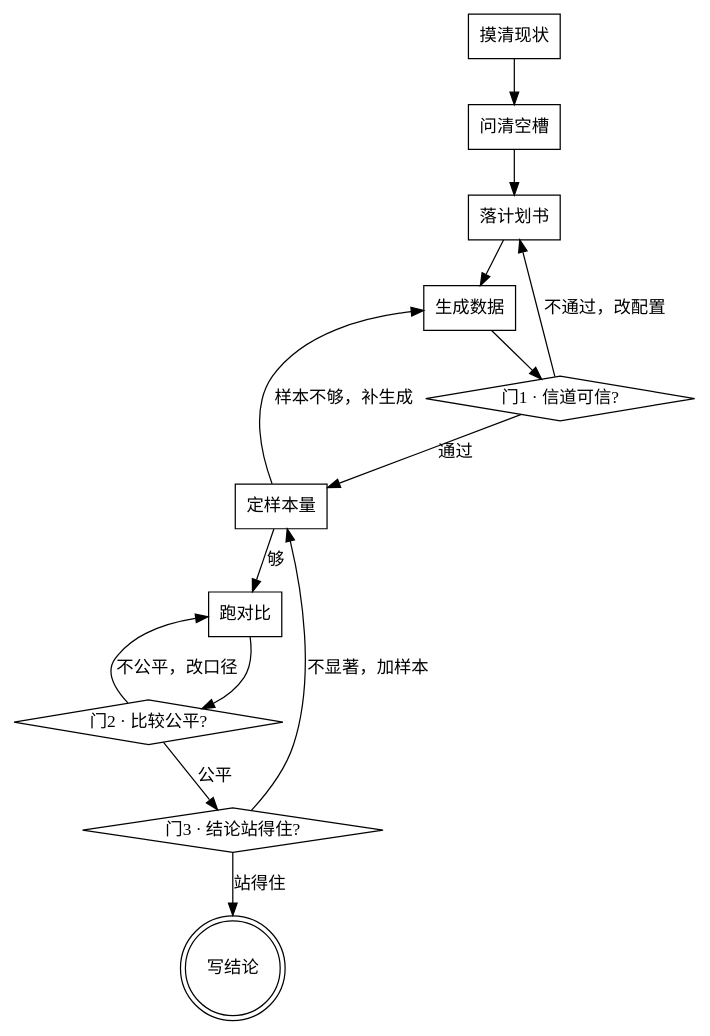
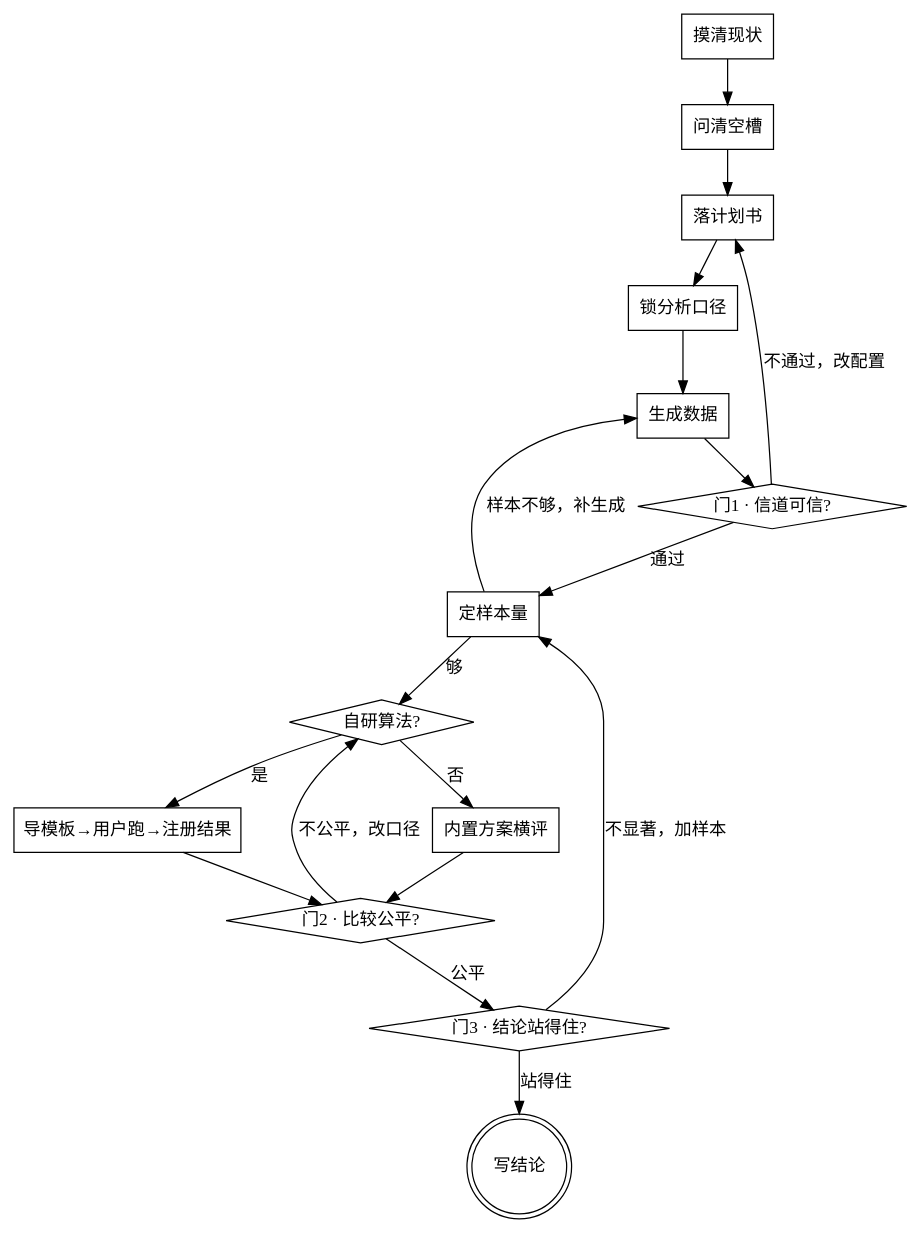
One commit to TianLin0509/SuperRAN changed the diagram in skills/channel-sim/SKILL.md. Above: the diagram before and after it, drawn with Graphviz. The commit also changed other lines of this file and 11 other files, not shown here.

````diff
--- a/skills/channel-sim/SKILL.md
+++ b/skills/channel-sim/SKILL.md
@@ -40,25 +41,32 @@
 ```dot
 digraph channel_sim {
     "摸清现状" [shape=box];
     "问清空槽" [shape=box];
     "落计划书" [shape=box];
+    "锁分析口径" [shape=box];
     "生成数据" [shape=box];
     "门1 · 信道可信?" [shape=diamond];
     "定样本量" [shape=box];
-    "跑对比" [shape=box];
+    "自研算法?" [shape=diamond];
+    "内置方案横评" [shape=box];
+    "导模板→用户跑→注册结果" [shape=box];
     "门2 · 比较公平?" [shape=diamond];
     "门3 · 结论站得住?" [shape=diamond];
     "写结论" [shape=doublecircle];
 
-    "摸清现状" -> "问清空槽" -> "落计划书" -> "生成数据" -> "门1 · 信道可信?";
+    "摸清现状" -> "问清空槽" -> "落计划书" -> "锁分析口径" -> "生成数据";
+    "生成数据" -> "门1 · 信道可信?";
     "门1 · 信道可信?" -> "落计划书" [label="不通过，改配置"];
     "门1 · 信道可信?" -> "定样本量" [label="通过"];
     "定样本量" -> "生成数据" [label="样本不够，补生成"];
-    "定样本量" -> "跑对比" [label="够"];
-    "跑对比" -> "门2 · 比较公平?";
-    "门2 · 比较公平?" -> "跑对比" [label="不公平，改口径"];
+    "定样本量" -> "自研算法?" [label="够"];
+    "自研算法?" -> "内置方案横评" [label="否"];
+    "自研算法?" -> "导模板→用户跑→注册结果" [label="是"];
+    "内置方案横评" -> "门2 · 比较公平?";
+    "导模板→用户跑→注册结果" -> "门2 · 比较公平?";
+    "门2 · 比较公平?" -> "自研算法?" [label="不公平，改口径"];
     "门2 · 比较公平?" -> "门3 · 结论站得住?" [label="公平"];
     "门3 · 结论站得住?" -> "定样本量" [label="不显著，加样本"];
     "门3 · 结论站得住?" -> "写结论" [label="站得住"];
 }
 ```
````
